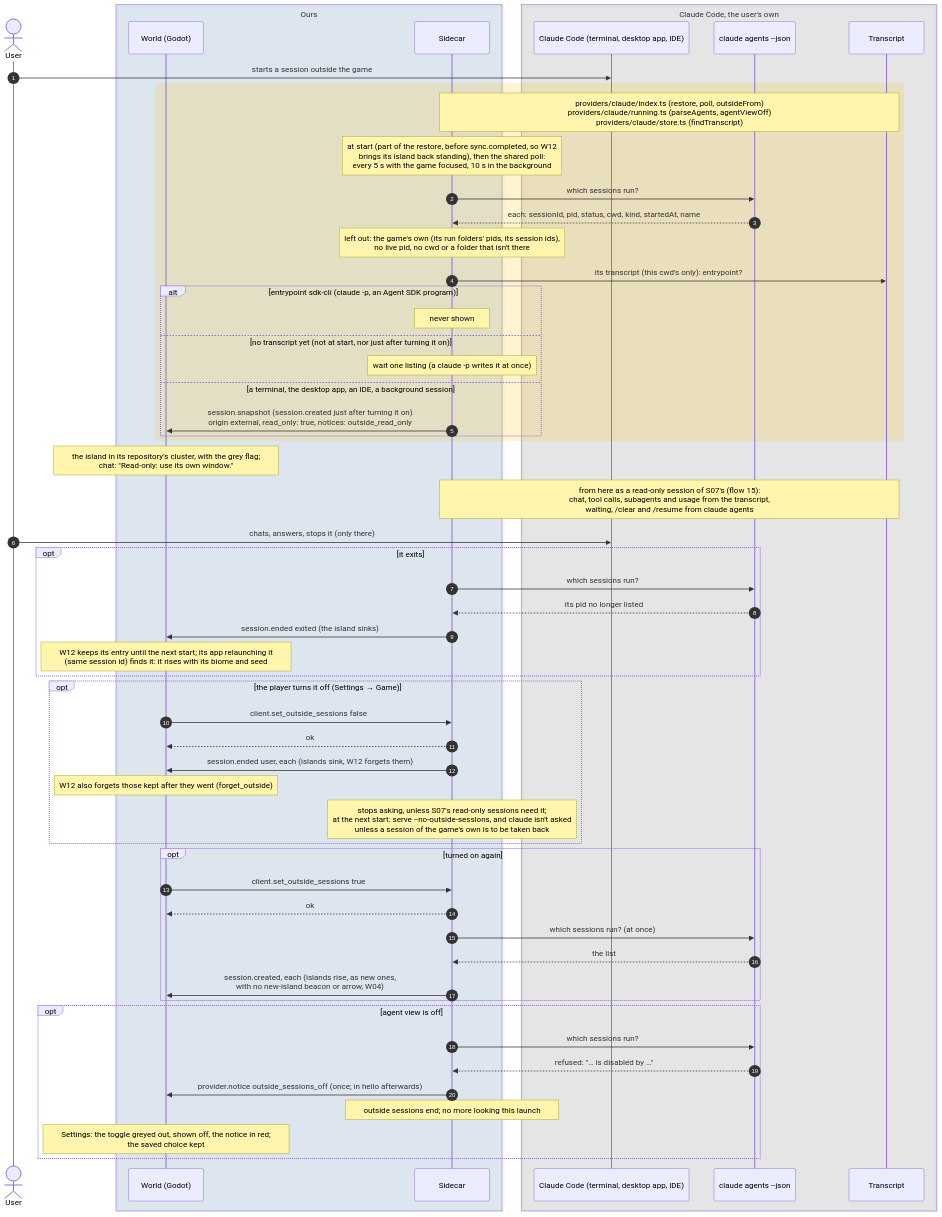
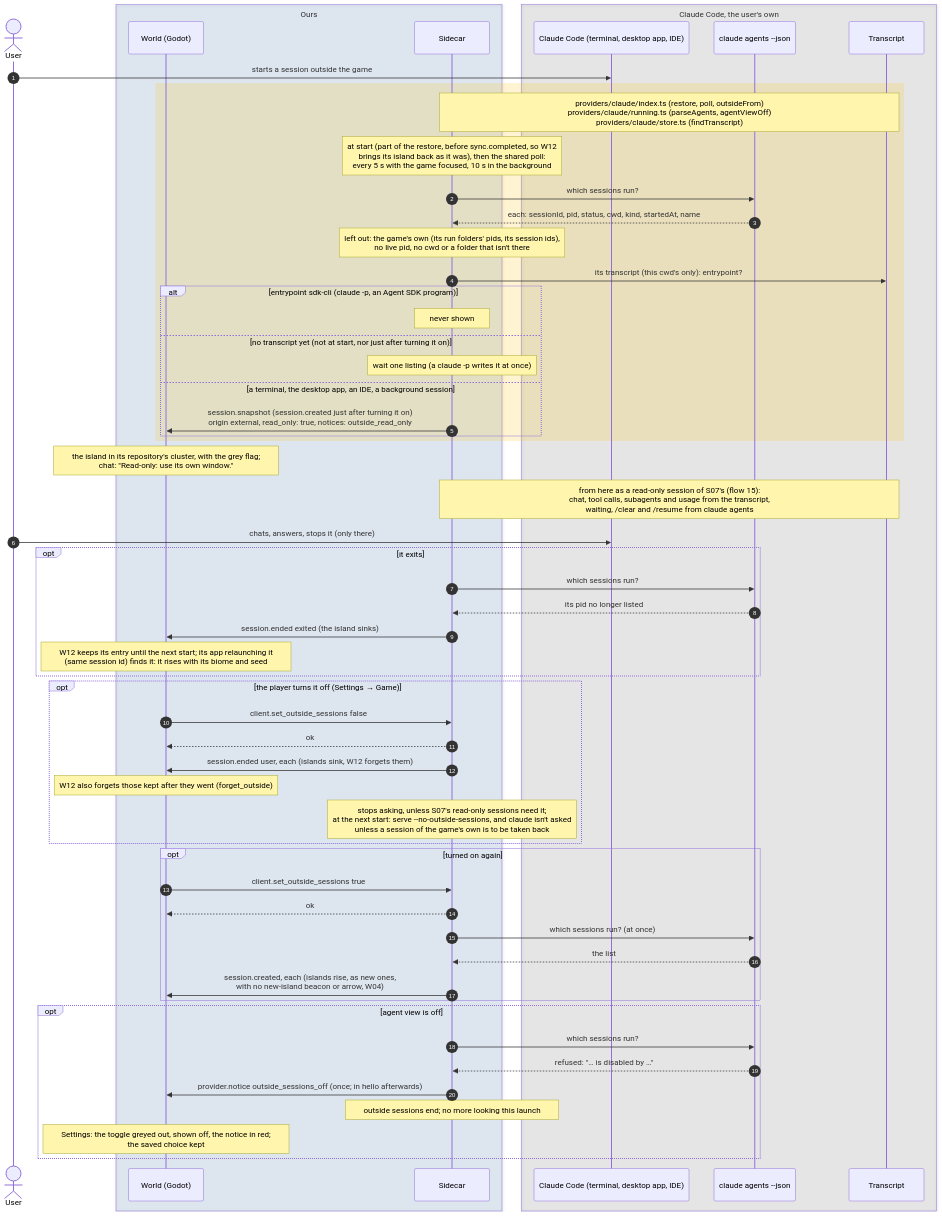
Before and after one commit to PaoloPortugal/The-Beach: the diagram in docs/diagrams/sequence/16-outside-sessions.md, drawn with Mermaid. The commit also changed 8 other files, not shown here.

Commit message:
Docs: C14 live check passed, its three findings fixed (NOTES W01, W04, S07, S08, C14, Current focus; GUIDE; flows 0, 14, 16 and the flows index; dev log); re-check checklist

````diff
--- a/docs/diagrams/sequence/16-outside-sessions.md
+++ b/docs/diagrams/sequence/16-outside-sessions.md
@@ -7,63 +7,63 @@
 ```mermaid
 sequenceDiagram
     autonumber
     actor User
 
     box rgba(47,111,191,0.12) Ours
         participant World as World (Godot)
         participant Sidecar
     end
 
     box rgba(128,128,128,0.14) Claude Code, the user's own
         participant Claude as Claude Code (terminal, desktop app, IDE)
         participant Agents as claude agents --json
         participant Log as Transcript
     end
 
     User->>Claude: starts a session outside the game
     rect rgba(255,193,7,0.18)
         Note over Sidecar,Log: providers/claude/index.ts (restore, poll, outsideFrom)<br/>providers/claude/running.ts (parseAgents, agentViewOff)<br/>providers/claude/store.ts (findTranscript)
-        Note over Sidecar: at start (part of the restore, before sync.completed, so W12<br/>brings its island back standing), then the shared poll:<br/>every 5 s with the game focused, 10 s in the background
+        Note over Sidecar: at start (part of the restore, before sync.completed, so W12<br/>brings its island back as it was), then the shared poll:<br/>every 5 s with the game focused, 10 s in the background
         Sidecar->>Agents: which sessions run?
         Agents-->>Sidecar: each: sessionId, pid, status, cwd, kind, startedAt, name
         Note over Sidecar: left out: the game's own (its run folders' pids, its session ids),<br/>no live pid, no cwd or a folder that isn't there
         Sidecar->>Log: its transcript (this cwd's only): entrypoint?
         alt entrypoint sdk-cli (claude -p, an Agent SDK program)
             Note over Sidecar: never shown
         else no transcript yet (not at start, nor just after turning it on)
             Note over Sidecar: wait one listing (a claude -p writes it at once)
         else a terminal, the desktop app, an IDE, a background session
             Sidecar->>World: session.snapshot (session.created just after turning it on)<br/>origin external, read_only: true, notices: outside_read_only
         end
     end
     Note over World: the island in its repository's cluster, with the grey flag#59;<br/>chat: "Read-only: use its own window."
     Note over Sidecar,Log: from here as a read-only session of S07's (flow 15):<br/>chat, tool calls, subagents and usage from the transcript,<br/>waiting, /clear and /resume from claude agents
     User->>Claude: chats, answers, stops it (only there)
     opt it exits
         Sidecar->>Agents: which sessions run?
         Agents-->>Sidecar: its pid no longer listed
         Sidecar->>World: session.ended exited (the island sinks)
         Note over World: W12 keeps its entry until the next start#59; its app relaunching it<br/>(same session id) finds it: it rises with its biome and seed
     end
     opt the player turns it off (Settings → Game)
         World->>Sidecar: client.set_outside_sessions false
         Sidecar-->>World: ok
         Sidecar->>World: session.ended user, each (islands sink, W12 forgets them)
         Note over World: W12 also forgets those kept after they went (forget_outside)
         Note over Sidecar: stops asking, unless S07's read-only sessions need it#59;<br/>at the next start: serve --no-outside-sessions, and claude isn't asked<br/>unless a session of the game's own is to be taken back
     end
     opt turned on again
         World->>Sidecar: client.set_outside_sessions true
         Sidecar-->>World: ok
         Sidecar->>Agents: which sessions run? (at once)
         Agents-->>Sidecar: the list
         Sidecar->>World: session.created, each (islands rise, as new ones,<br/>with no new-island beacon or arrow, W04)
     end
     opt agent view is off
         Sidecar->>Agents: which sessions run?
         Agents-->>Sidecar: refused: "… is disabled by …"
         Sidecar->>World: provider.notice outside_sessions_off (once#59; in hello afterwards)
         Note over Sidecar: outside sessions end#59; no more looking this launch
         Note over World: Settings: the toggle greyed out, shown off, the notice in red#59;<br/>the saved choice kept
     end
 ```
````
